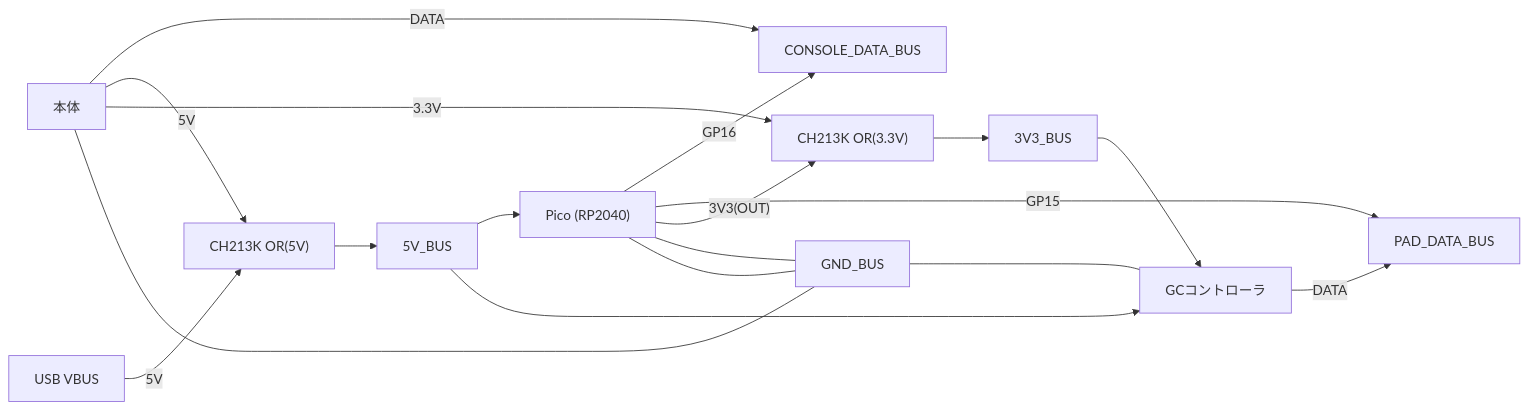
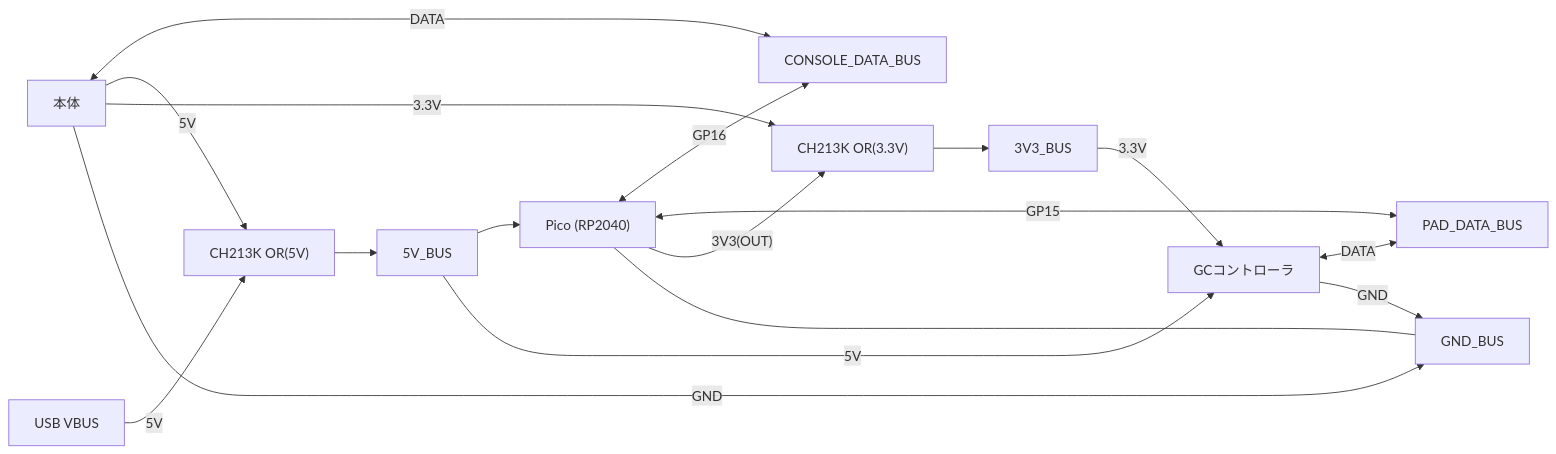
Before and after one commit to LitMc/gc-playground: the diagram in docs/hardware.md, drawn with Mermaid.

Commit message:
Mermaid ダイアグラムにハーネスラベル追加・DATA線を双方向化
- コントローラ側の 5V / 3.3V / GND 接続にハーネスラベルを追加
- DATA_BUS に繋がる全 DATA 線を双方向矢印に変更（送受信両方のため）
- GND 接続をコンソール・コントローラ個別にラベル付き表記に整理

Entire-Checkpoint: cff41e9955d1

````diff
--- a/docs/hardware.md
+++ b/docs/hardware.md
@@ -15,27 +15,28 @@
 ```mermaid
 flowchart LR
   CONSOLE[本体]
   PAD[GCコントローラ]
   PICO["Pico (RP2040)"]
   VBUS[USB VBUS]
   OR5V["CH213K OR(5V)"]
   OR33["CH213K OR(3.3V)"]
 
-  CONSOLE -- DATA --> CONDATA[CONSOLE_DATA_BUS]
-  PICO -- GP16 --> CONDATA
-  PICO -- GP15 --> PADDATA[PAD_DATA_BUS]
-  PAD -- DATA --> PADDATA
+  CONSOLE <-- DATA --> CONDATA[CONSOLE_DATA_BUS]
+  PICO <-- GP16 --> CONDATA
+  PICO <-- GP15 --> PADDATA[PAD_DATA_BUS]
+  PAD <-- DATA --> PADDATA
 
   CONSOLE -- 5V --> OR5V
   VBUS -- 5V --> OR5V
   OR5V --> BUS5[5V_BUS]
   BUS5 --> PICO
-  BUS5 --> PAD
+  BUS5 -- 5V --> PAD
 
   CONSOLE -- 3.3V --> OR33
   PICO -- "3V3(OUT)" --> OR33
   OR33 --> BUS33[3V3_BUS]
-  BUS33 --> PAD
+  BUS33 -- 3.3V --> PAD
 
-  CONSOLE --- GND_BUS --- PICO --- GND_BUS --- PAD
+  CONSOLE -- GND --> GND_BUS --- PICO
+  PAD -- GND --> GND_BUS
 ```
````
